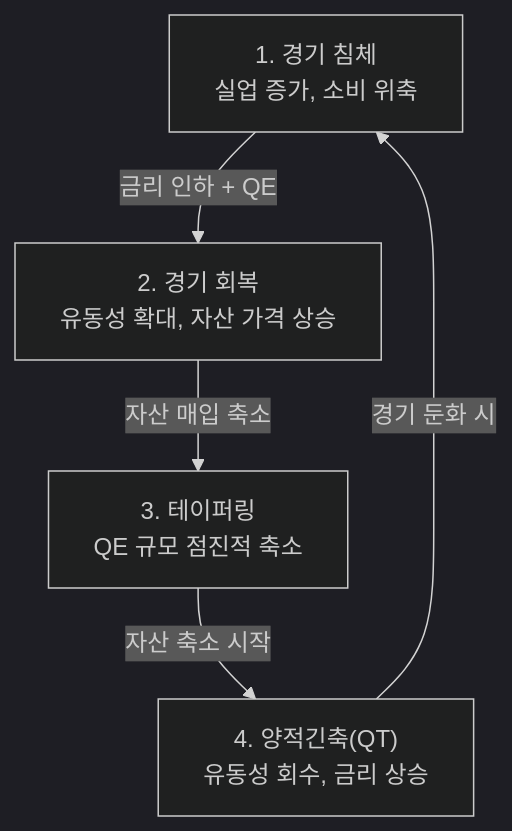
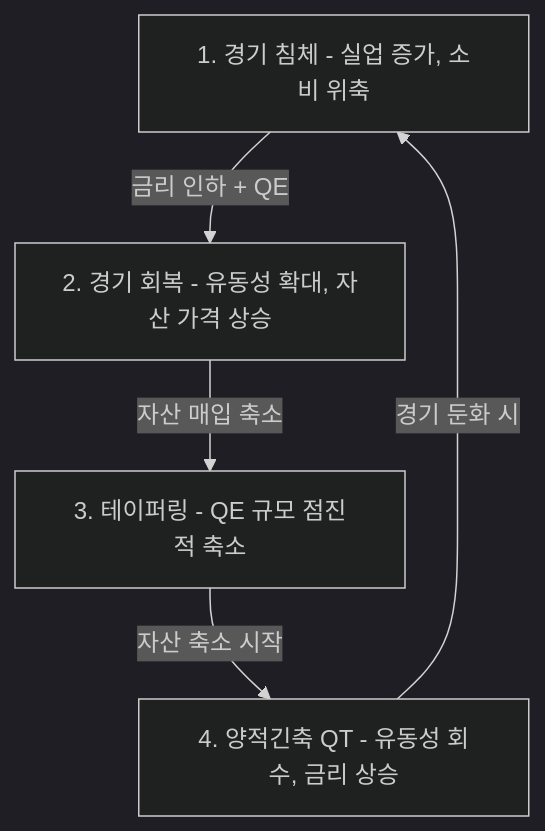
The third of 3 diagrams in contents/etc/quantitative-easing-and-tightening/index.md (kenshin579/investment.advenoh.pe.kr), drawn with Mermaid (dark theme) before and after one commit. The commit also changed other lines of this file and 3 other files, not shown here.

First line of the commit message:
[#77] 유동성 모니터링 섹션 추가 및 Mermaid 다이어그램 개선

````diff
--- a/contents/etc/quantitative-easing-and-tightening/index.md
+++ b/contents/etc/quantitative-easing-and-tightening/index.md
@@ -341,7 +352,7 @@
 ```mermaid
 graph TD
-    A["1. 경기 침체<br/>실업 증가, 소비 위축"] -->|금리 인하 + QE| B["2. 경기 회복<br/>유동성 확대, 자산 가격 상승"]
-    B -->|자산 매입 축소| C["3. 테이퍼링<br/>QE 규모 점진적 축소"]
-    C -->|자산 축소 시작| D["4. 양적긴축(QT)<br/>유동성 회수, 금리 상승"]
+    A["1. 경기 침체 - 실업 증가, 소비 위축"] -->|금리 인하 + QE| B["2. 경기 회복 - 유동성 확대, 자산 가격 상승"]
+    B -->|자산 매입 축소| C["3. 테이퍼링 - QE 규모 점진적 축소"]
+    C -->|자산 축소 시작| D["4. 양적긴축 QT - 유동성 회수, 금리 상승"]
     D -->|경기 둔화 시| A
 ```
````
